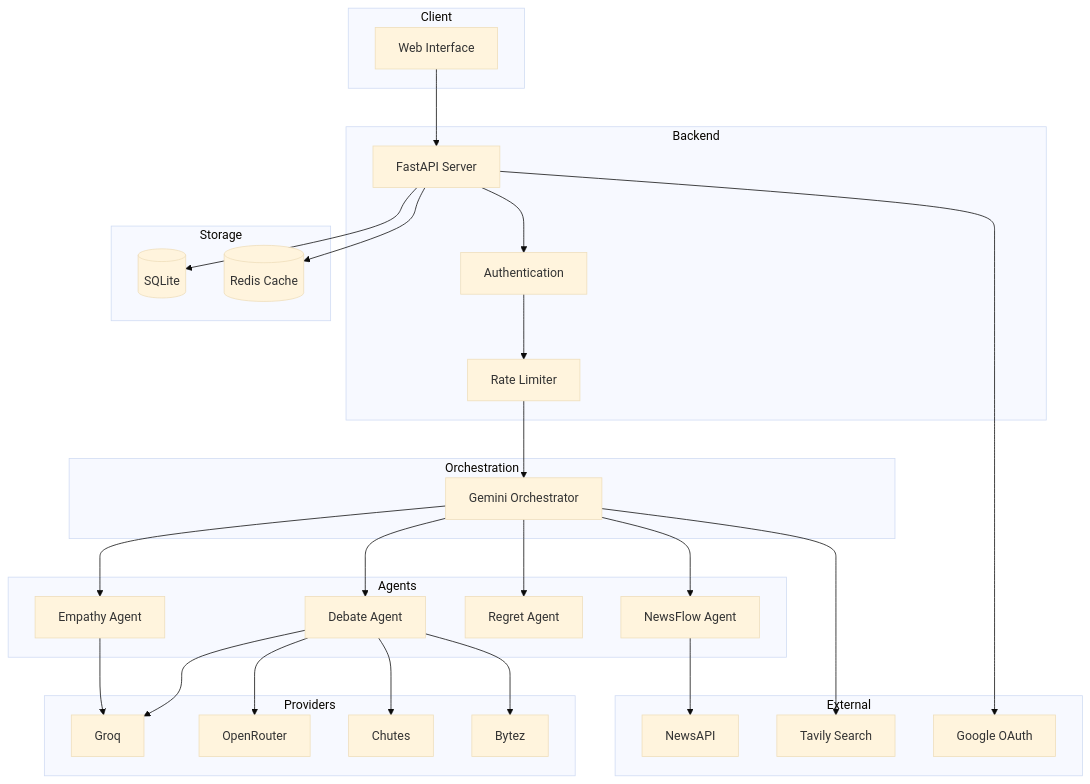
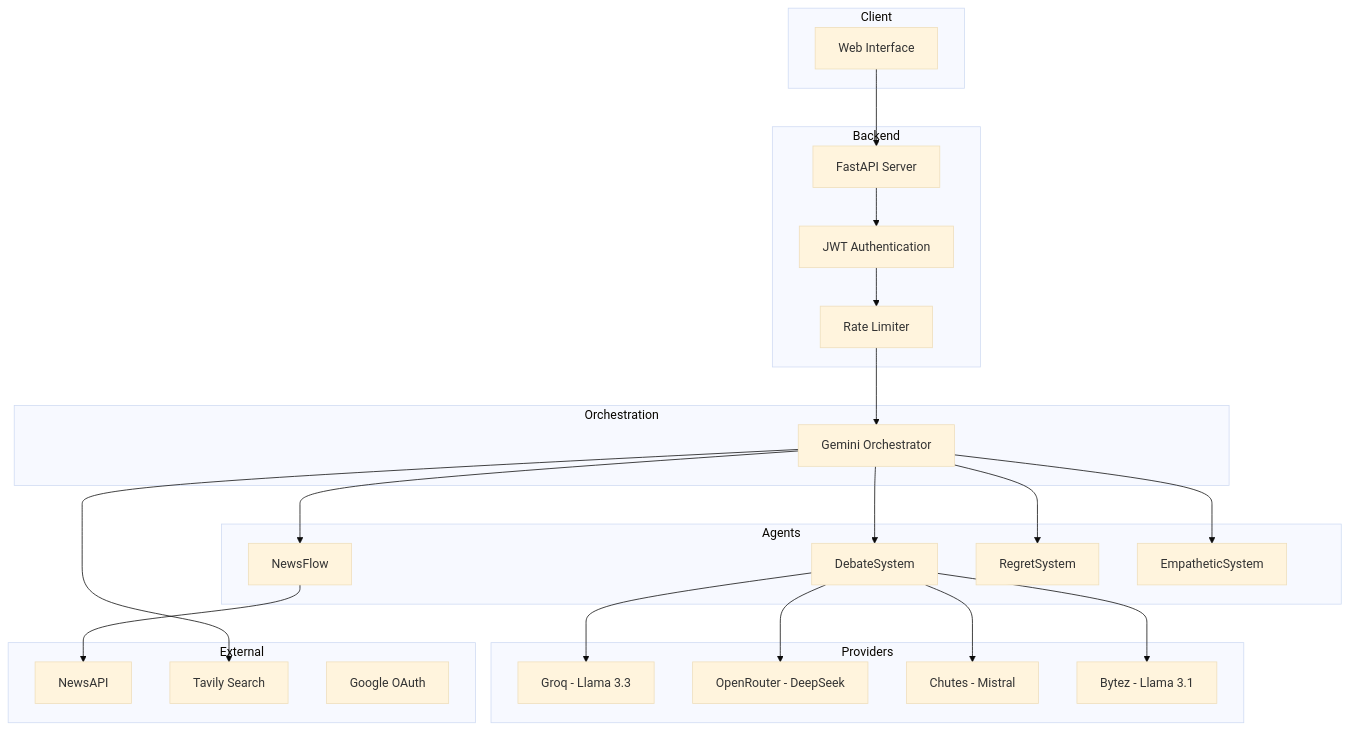
The diagram in README.md (sayon999-d/Hike.ai), drawn with Mermaid (base theme) before and after one commit. The commit also changed other lines of this file, not shown here.

````diff
--- a/README.md
+++ b/README.md
@@ -16,63 +39,49 @@
 ```mermaid
 flowchart TB
     subgraph Client
         UI[Web Interface]
     end
 
     subgraph Backend
         API[FastAPI Server]
-        Auth[Authentication]
+        Auth[JWT Authentication]
         Rate[Rate Limiter]
     end
 
     subgraph Orchestration
         Gemini[Gemini Orchestrator]
     end
 
     subgraph Agents
-        News[NewsFlow Agent]
-        Debate[Debate Agent]
-        Regret[Regret Agent]
-        Empathy[Empathy Agent]
+        News[NewsFlow]
+        Debate[DebateSystem]
+        Regret[RegretSystem]
+        Empathy[EmpatheticSystem]
     end
 
     subgraph Providers
-        Groq[Groq]
-        OpenRouter[OpenRouter]
-        Chutes[Chutes]
-        Bytez[Bytez]
+        Groq[Groq - Llama 3.3]
+        OpenRouter[OpenRouter - DeepSeek]
+        Chutes[Chutes - Mistral]
+        Bytez[Bytez - Llama 3.1]
     end
 
     subgraph External
         NewsAPI[NewsAPI]
         Tavily[Tavily Search]
         GoogleAuth[Google OAuth]
     end
 
-    subgraph Storage
-        SQLite[(SQLite)]
-        Redis[(Redis Cache)]
-    end
-
     UI --> API
-    API --> Auth
-    Auth --> Rate
-    Rate --> Gemini
-
+    API --> Auth --> Rate --> Gemini
     Gemini --> News
     Gemini --> Debate
     Gemini --> Regret
     Gemini --> Empathy
-
     News --> NewsAPI
     Debate --> Groq
     Debate --> OpenRouter
     Debate --> Chutes
     Debate --> Bytez
-    Empathy --> Groq
-
     Gemini --> Tavily
-    API --> GoogleAuth
-    API --> SQLite
-    API --> Redis
 ```
````
